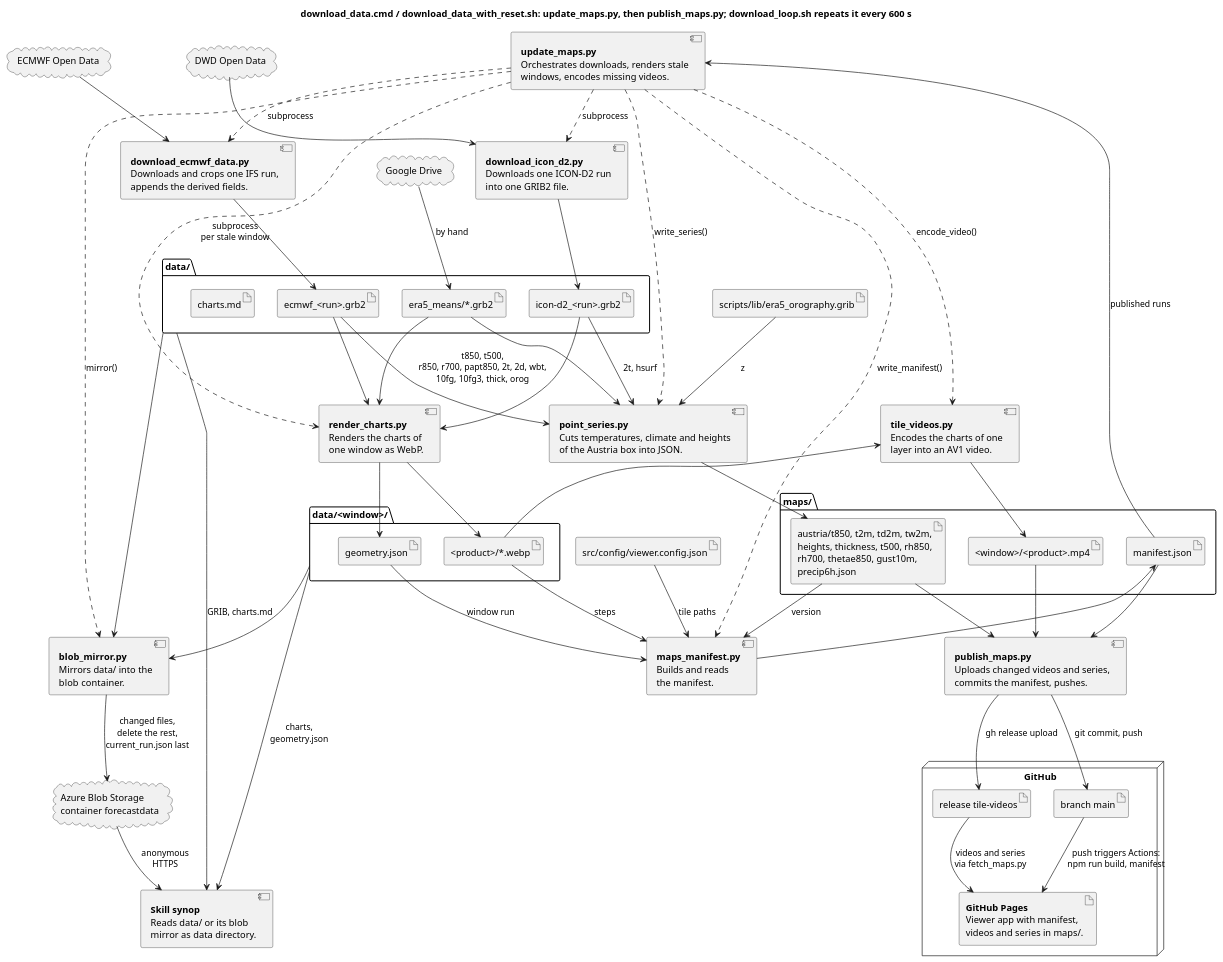
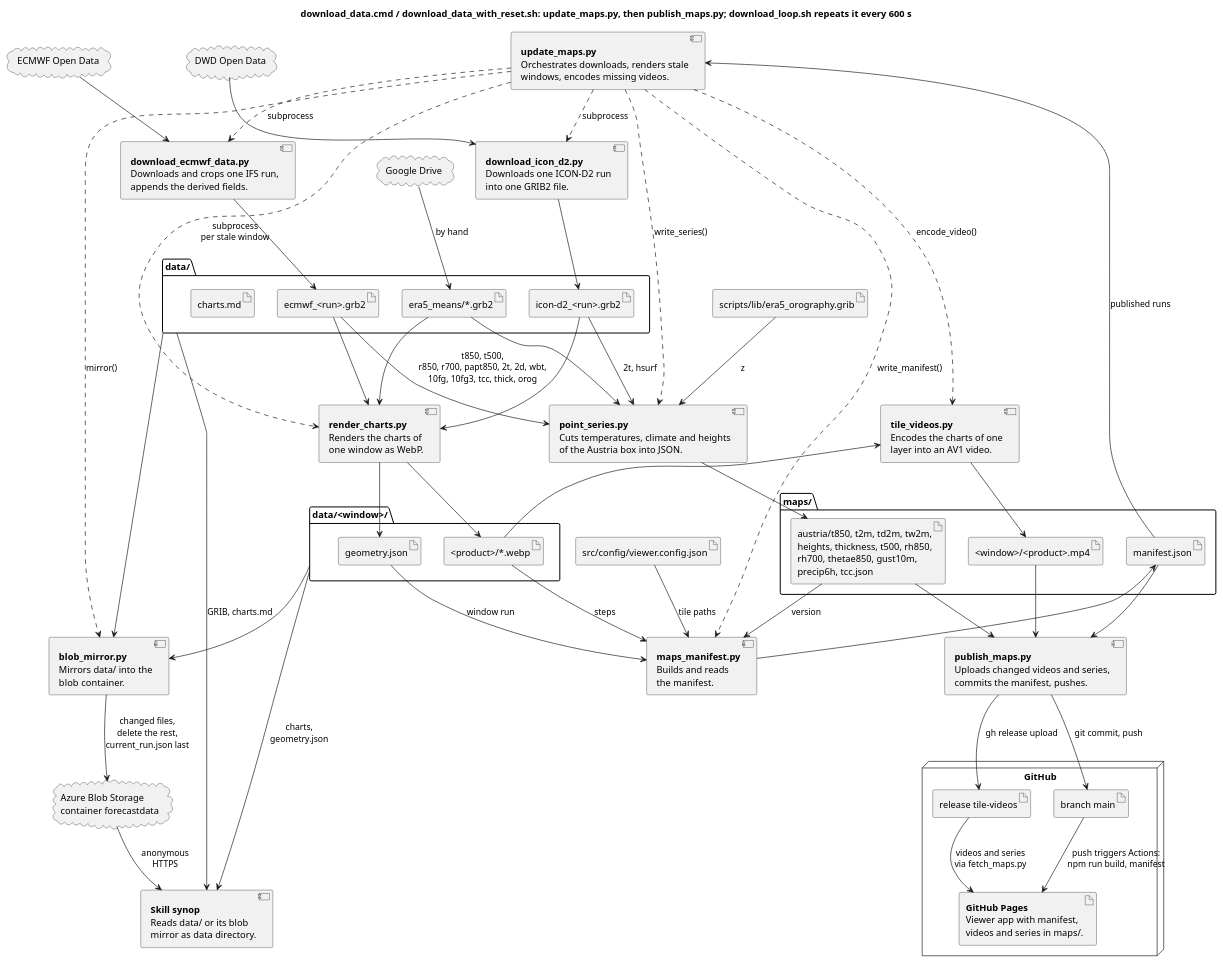
Before and after one commit to schletz/wetterkartenviewer: the first of 5 diagrams in REFERENCE.scripts.md, drawn with PlantUML. The commit also changed other lines of this file and 15 other files, not shown here.

```diff
--- a/REFERENCE.scripts.md
+++ b/REFERENCE.scripts.md
@@ -98,7 +98,7 @@
 }
 folder "maps/" {
  artifact "<window>/<product>.mp4" as videos
- artifact "austria/t850, t2m, td2m, tw2m,\nheights, thickness, t500, rh850,\nrh700, thetae850, gust10m,\nprecip6h.json" as series
+ artifact "austria/t850, t2m, td2m, tw2m,\nheights, thickness, t500, rh850,\nrh700, thetae850, gust10m,\nprecip6h, tcc.json" as series
  artifact "manifest.json" as manifest
 }
 artifact "src/config/viewer.config.json" as config
@@ -131,7 +131,7 @@
 render_charts --> geometry
 charts --> tile_videos
 tile_videos --> videos
-ecmwf_grib --> point_series : t850, t500,\nr850, r700, papt850, 2t, 2d, wbt,\n10fg, 10fg3, thick, orog
+ecmwf_grib --> point_series : t850, t500,\nr850, r700, papt850, 2t, 2d, wbt,\n10fg, 10fg3, tcc, thick, orog
 icon_grib --> point_series : 2t, hsurf
 era5 --> point_series
 era5_orog --> point_series : z
```
